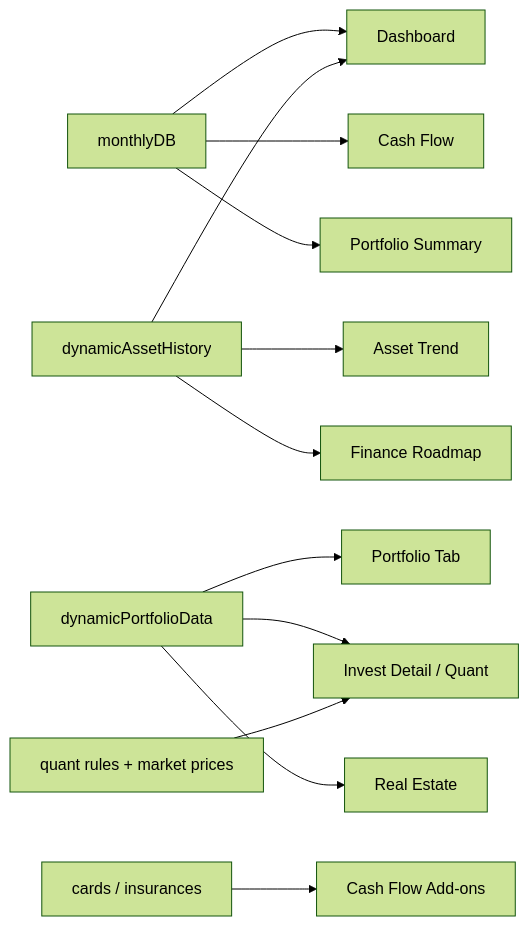
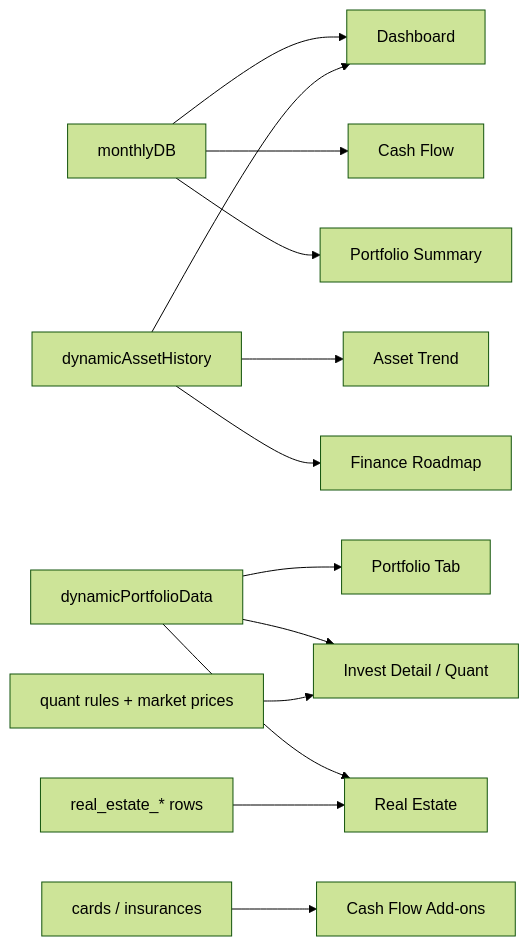
One commit to ksg0694-ops/NetVisualizer changed diagram 11 of 15 in docs/02-design/current-architecture-map.md. Above: the diagram before and after it, drawn with Mermaid (forest theme). The commit also changed other lines of this file and 9 other files, not shown here.

Commit message:
Add real estate subscription sync scaffold

````diff
--- a/docs/02-design/current-architecture-map.md
+++ b/docs/02-design/current-architecture-map.md
@@ -209,17 +213,18 @@
 ```mermaid
 flowchart LR
     MonthlyDB["monthlyDB"] --> Dashboard["Dashboard"]
     MonthlyDB --> CashFlow["Cash Flow"]
     MonthlyDB --> PortfolioSummary["Portfolio Summary"]
 
     AssetState["dynamicAssetHistory"] --> Dashboard
     AssetState --> AssetTrend["Asset Trend"]
     AssetState --> Roadmap["Finance Roadmap"]
 
     PortfolioState["dynamicPortfolioData"] --> PortfolioTab["Portfolio Tab"]
     PortfolioState --> InvestDetail["Invest Detail / Quant"]
     PortfolioState --> RealEstate["Real Estate"]
+    RealEstateTables["real_estate_* rows"] --> RealEstate
 
     AddonState["cards / insurances"] --> Addons["Cash Flow Add-ons"]
     QuantState["quant rules + market prices"] --> InvestDetail
 ```
````
